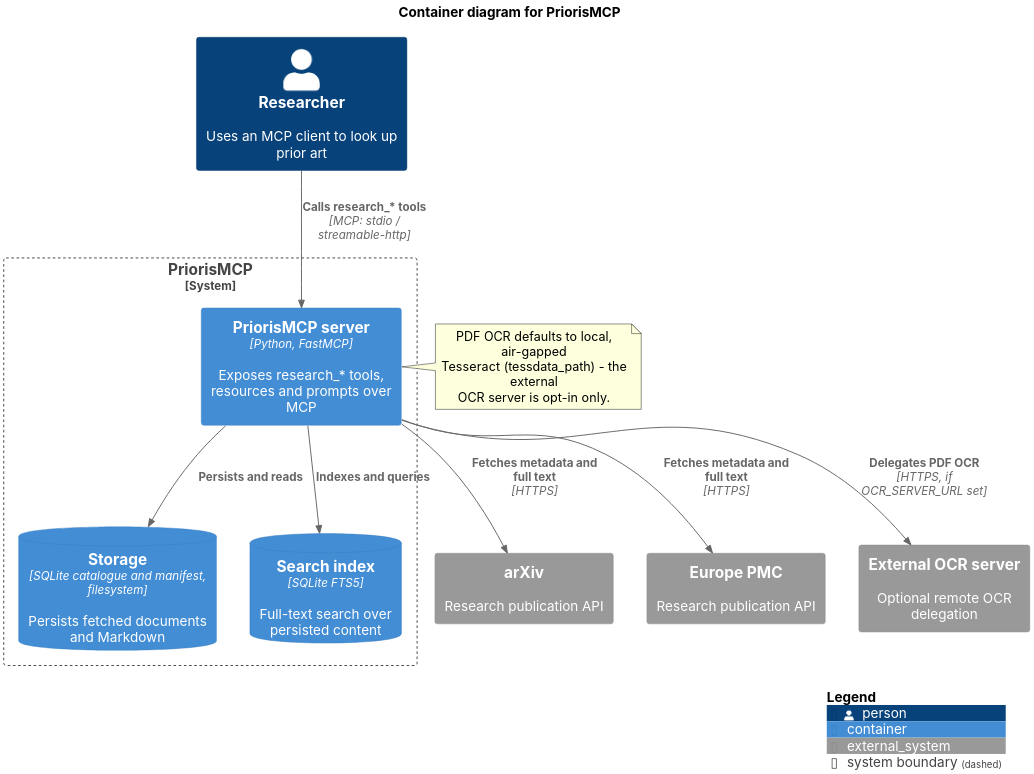
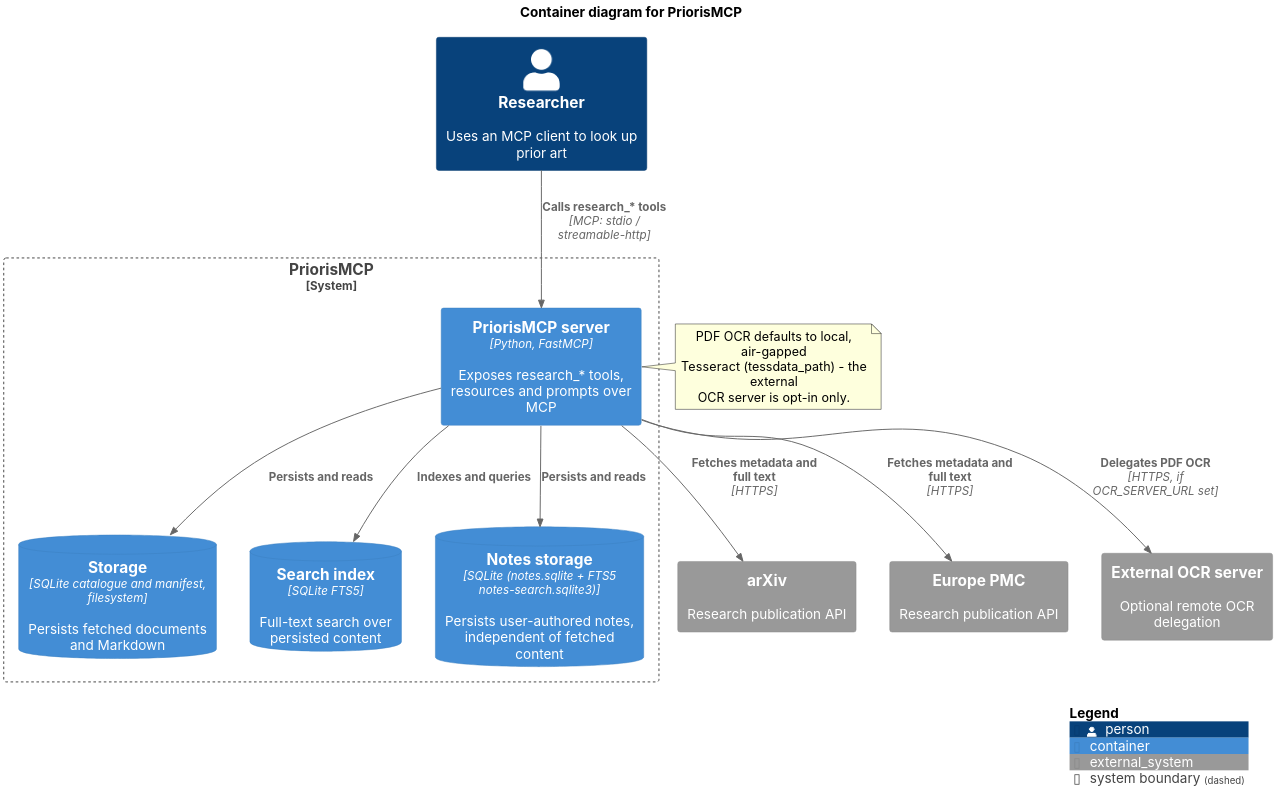
Before and after one commit to anirbanbasu/prioris-mcp: the diagram in diagrams/system-architecture-overview-c4.puml, drawn with PlantUML. The commit also changed 39 other files, not shown here.

First line of the commit message:
Add server-side NotesBackend: notes CRUD/search tools and export resource (#30)

```diff
--- a/diagrams/system-architecture-overview-c4.puml
+++ b/diagrams/system-architecture-overview-c4.puml
@@ -1,36 +1,38 @@
 @startuml system-architecture-overview-c4
 !include <C4/C4_Container>
 
 skinparam defaultFontName "Inter"
 skinparam dpi 250
 
 title Container diagram for PriorisMCP
 
 Person(researcher, "Researcher", "Uses an MCP client to look up prior art")
 
 System_Boundary(c1, "PriorisMCP") {
     Container(server, "PriorisMCP server", "Python, FastMCP", "Exposes research_* tools, resources and prompts over MCP")
     ContainerDb(storage, "Storage", "SQLite catalogue and manifest, filesystem", "Persists fetched documents and Markdown")
     ContainerDb(search, "Search index", "SQLite FTS5", "Full-text search over persisted content")
+    ContainerDb(notes, "Notes storage", "SQLite (notes.sqlite + FTS5 notes-search.sqlite3)", "Persists user-authored notes, independent of fetched content")
 }
 
 System_Ext(arxiv, "arXiv", "Research publication API")
 System_Ext(europepmc, "Europe PMC", "Research publication API")
 System_Ext(ocr, "External OCR server", "Optional remote OCR delegation")
 
 Rel(researcher, server, "Calls research_* tools", "MCP: stdio / streamable-http")
 Rel(server, arxiv, "Fetches metadata and full text", "HTTPS")
 Rel(server, europepmc, "Fetches metadata and full text", "HTTPS")
 Rel(server, ocr, "Delegates PDF OCR", "HTTPS, if OCR_SERVER_URL set")
 Rel(server, storage, "Persists and reads")
 Rel(server, search, "Indexes and queries")
+Rel(server, notes, "Persists and reads")
 
 note right of server
   PDF OCR defaults to local, air-gapped
   Tesseract (tessdata_path) - the external
   OCR server is opt-in only.
 end note
 
 SHOW_LEGEND()
 
 @enduml
```
